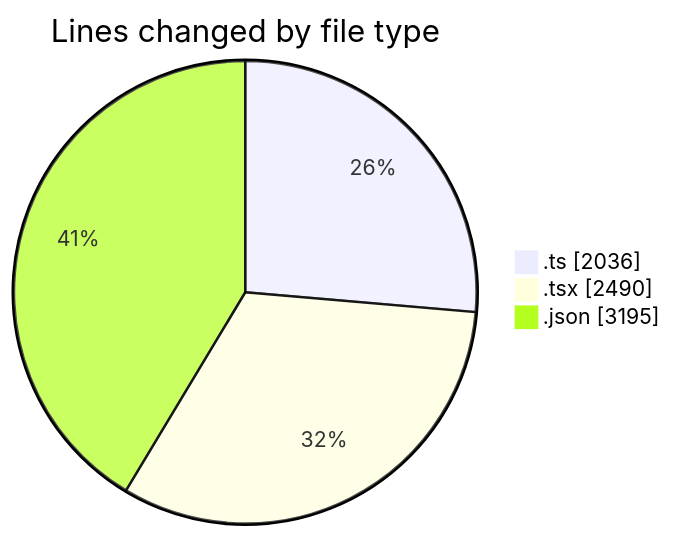
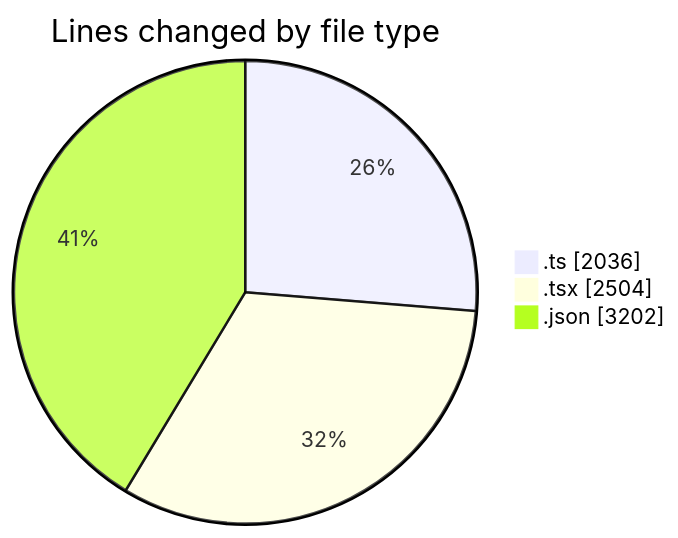
One commit to julien-gomy/code-tracking changed the first of 2 diagrams in 2025-10-23/eventscop-frontend-guide__workspace_/README.md. Above: the diagram before and after it, drawn with Mermaid. The commit also changed other lines of this file and 1 other file, not shown here.

````diff
--- a/2025-10-23/eventscop-frontend-guide__workspace_/README.md
+++ b/2025-10-23/eventscop-frontend-guide__workspace_/README.md
@@ -37,7 +37,7 @@
 ```mermaid
 pie showData
 title Lines changed by file type
 ".ts" : 2036
-".tsx" : 2490
-".json" : 3195
+".tsx" : 2504
+".json" : 3202
 ```
````
